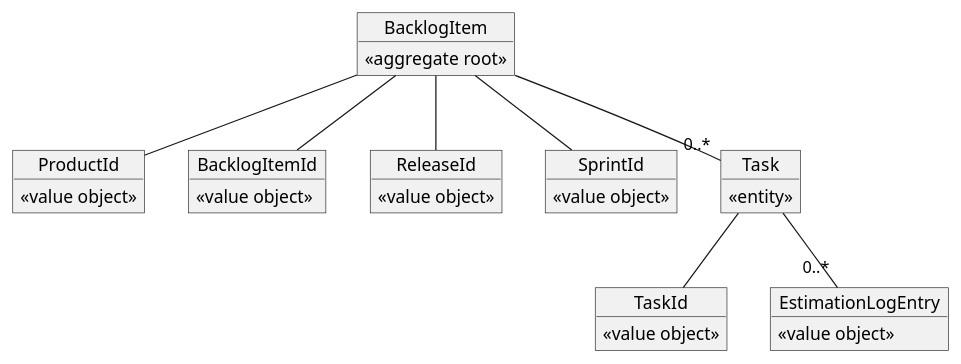
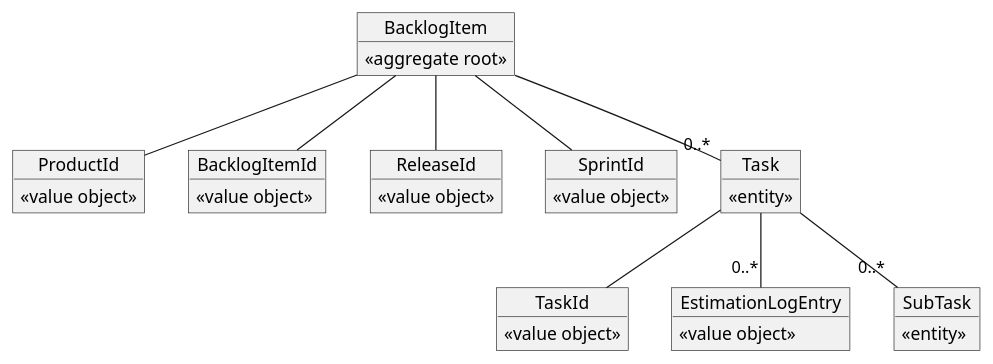
One commit to abekoh/commit-plantuml-action changed the diagram in sample/backlog-item.puml. Above: the diagram before and after it, drawn with PlantUML.

Commit message:
add subtask

```diff
--- a/sample/backlog-item.puml
+++ b/sample/backlog-item.puml
@@ -1,36 +1,42 @@
 @startuml
 object BacklogItem {
   <<aggregate root>>
 }
 object ProductId {
   <<value object>>
 }
 object BacklogItemId {
   <<value object>>
 }
 object ReleaseId {
   <<value object>>
 }
 object SprintId {
   <<value object>>
 }
 
 object Task {
   <<entity>>
 }
 object TaskId {
   <<value object>>
 }
 object EstimationLogEntry {
   <<value object>>
 }
 
+object SubTask {
+    <<entity>>
+}
+
 BacklogItem -- BacklogItemId
 BacklogItem -- ProductId
 BacklogItem -- ReleaseId
 BacklogItem -- SprintId
 BacklogItem -- "0..*" Task
 
 Task -- TaskId
 Task -- "0..*" EstimationLogEntry
+
+Task -- "0..*" SubTask
 @enduml
```
